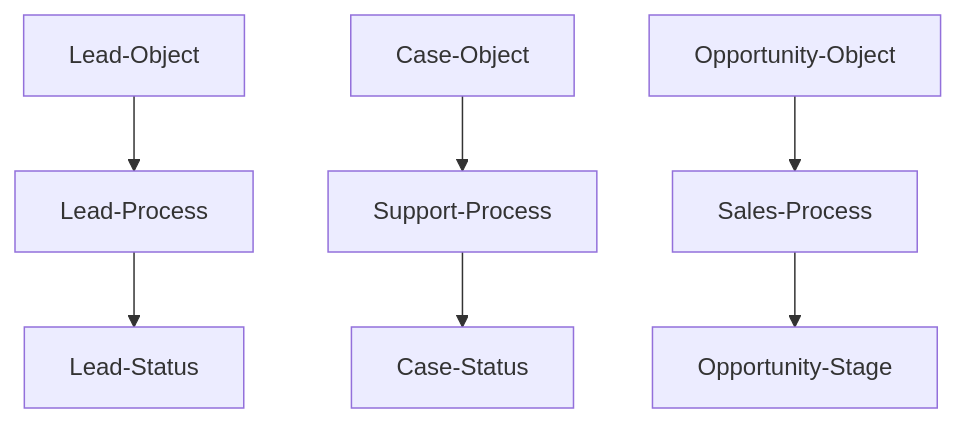
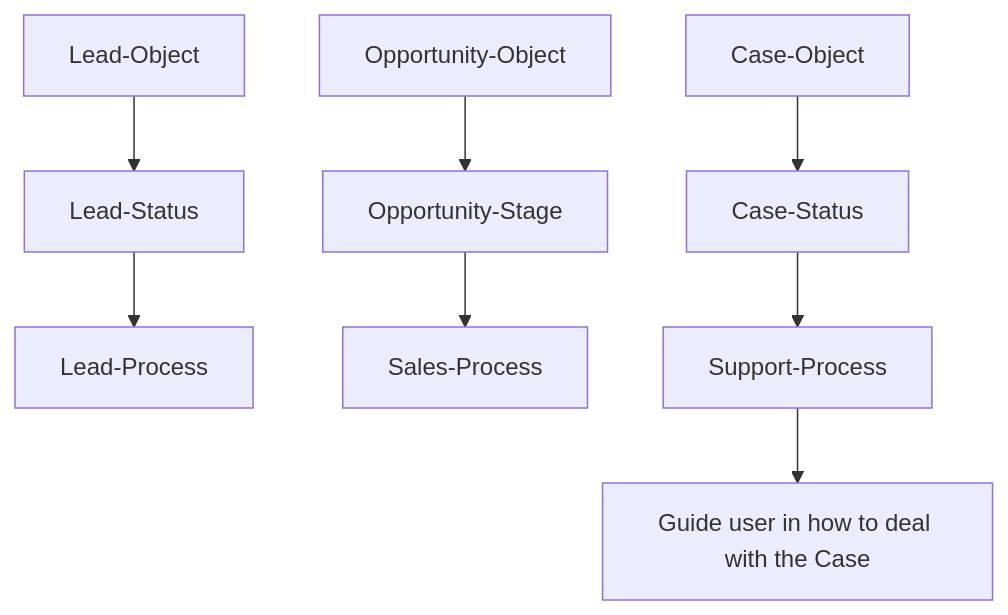
One commit to SanshanGan/salesforce-notes changed the third of 10 diagrams in notes/OM&LB.md. Above: the diagram before and after it, drawn with Mermaid. The commit also changed other lines of this file and 1 other file, not shown here.

````diff
--- a/notes/OM&LB.md
+++ b/notes/OM&LB.md
@@ -49,6 +154,6 @@
 ```mermaid
 flowchart
-    Lead-Object --> Lead-Process --> Lead-Status
-    Case-Object --> Support-Process --> Case-Status
-    Opportunity-Object --> Sales-Process --> Opportunity-Stage
+    Lead-Object --> Lead-Status --> Lead-Process
+    Opportunity-Object --> Opportunity-Stage --> Sales-Process
+    Case-Object --> Case-Status --> Support-Process --> A[Guide user in how to deal with the Case]
 ```
````
